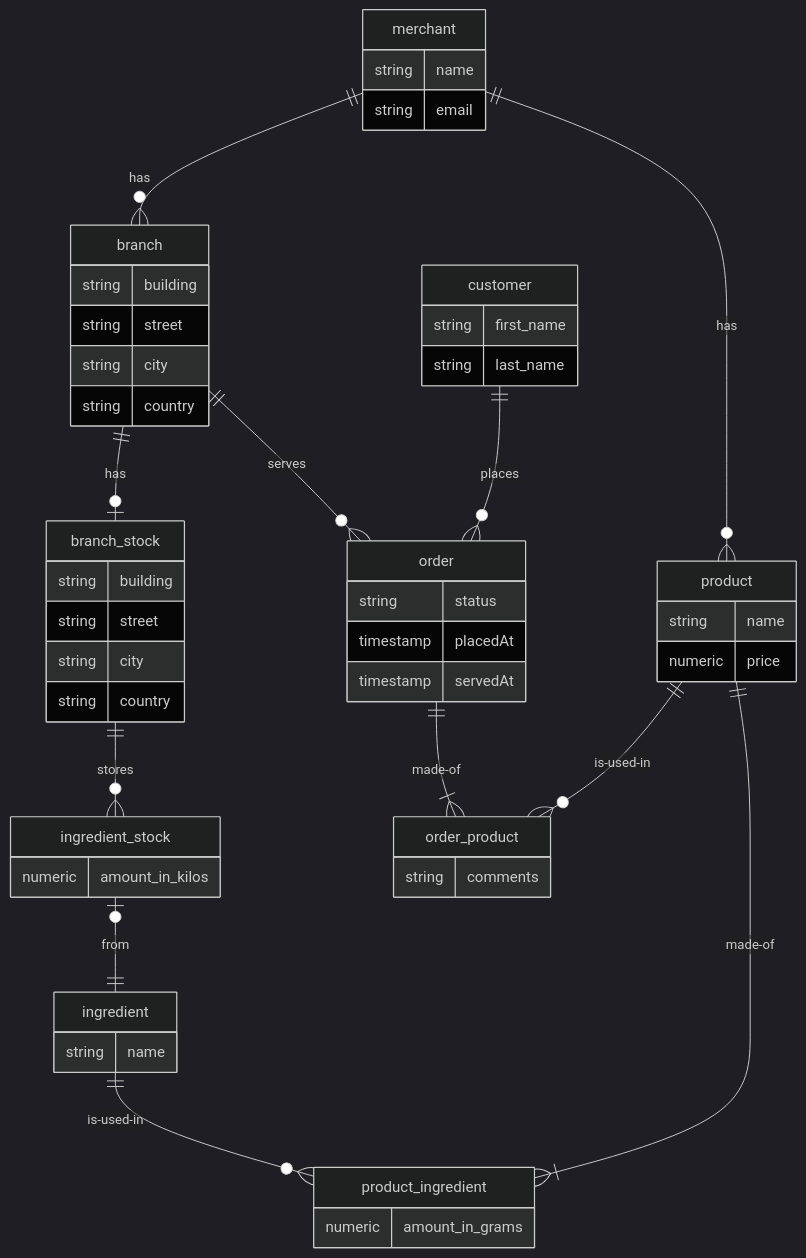
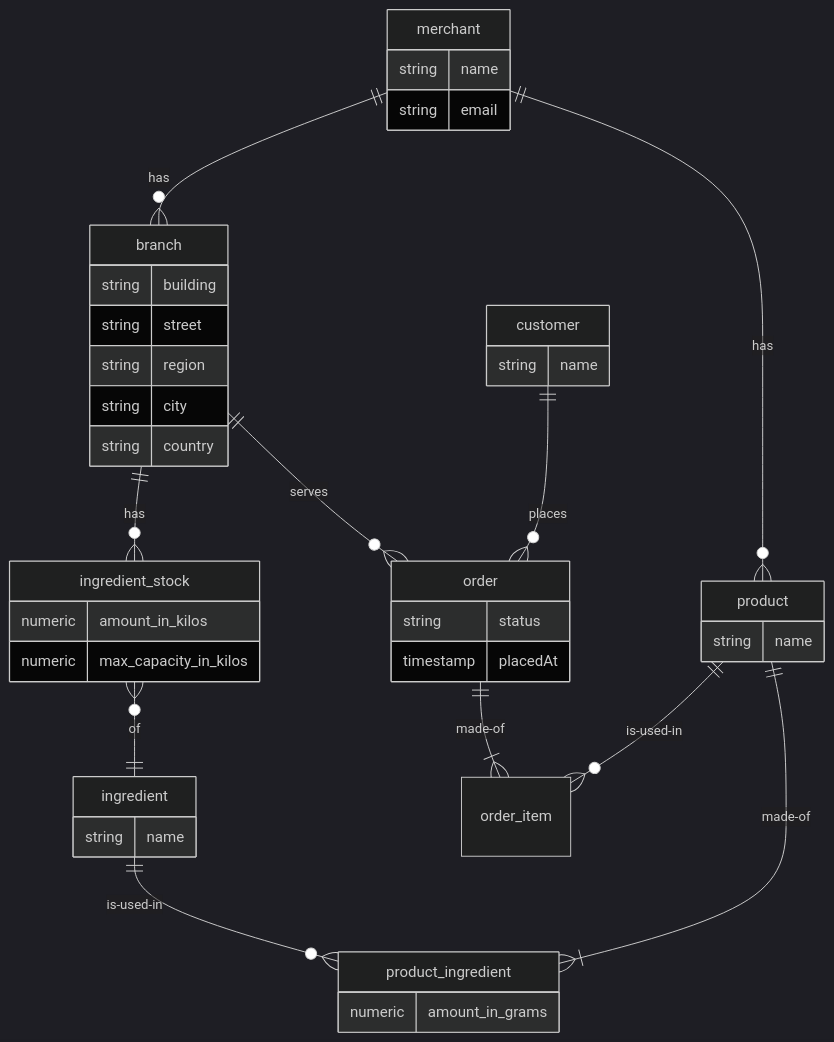
The diagram in Readme.md (ahmedibrahimX/rms), drawn with Mermaid (dark theme) before and after one commit. The commit also changed other lines of this file and 2 other files, not shown here.

````diff
--- a/Readme.md
+++ b/Readme.md
@@ -33,55 +126,46 @@
 ```mermaid
 erDiagram
-    branch_stock ||--o{ ingredient_stock: stores
     merchant ||--o{ branch: has
     merchant ||--o{ product: has
-    branch ||--o| branch_stock: has
+    branch ||--o{ ingredient_stock: has
     branch ||--o{ order: serves
-    ingredient_stock |o--|| ingredient: from
+    ingredient_stock }o--|| ingredient: of
     ingredient ||--o{ product_ingredient: is-used-in
     product ||--|{ product_ingredient: made-of
     customer ||--o{ order: places
-    order ||--|{ order_product: made-of
-    product ||--o{ order_product: is-used-in
+    order ||--|{ order_item: made-of
+    product ||--o{ order_item: is-used-in
     merchant {
         string name
         string email
     }
     branch {
         string building
         string street
+        string region
         string city
         string country
     }
     ingredient {
         string name
     }
-    branch_stock {
-        string building
-        string street
-        string city
-        string country
-    }
     ingredient_stock {
         numeric amount_in_kilos
+        numeric max_capacity_in_kilos
     }
     product {
         string name
-        numeric price
     }
     product_ingredient {
         numeric amount_in_grams
     }
     customer {
-        string first_name
-        string last_name
+        string name
     }
     order {
         string status
         timestamp placedAt
-        timestamp servedAt
     }
-    order_product {
-        string comments
+    order_item {
     }
 ```
````
